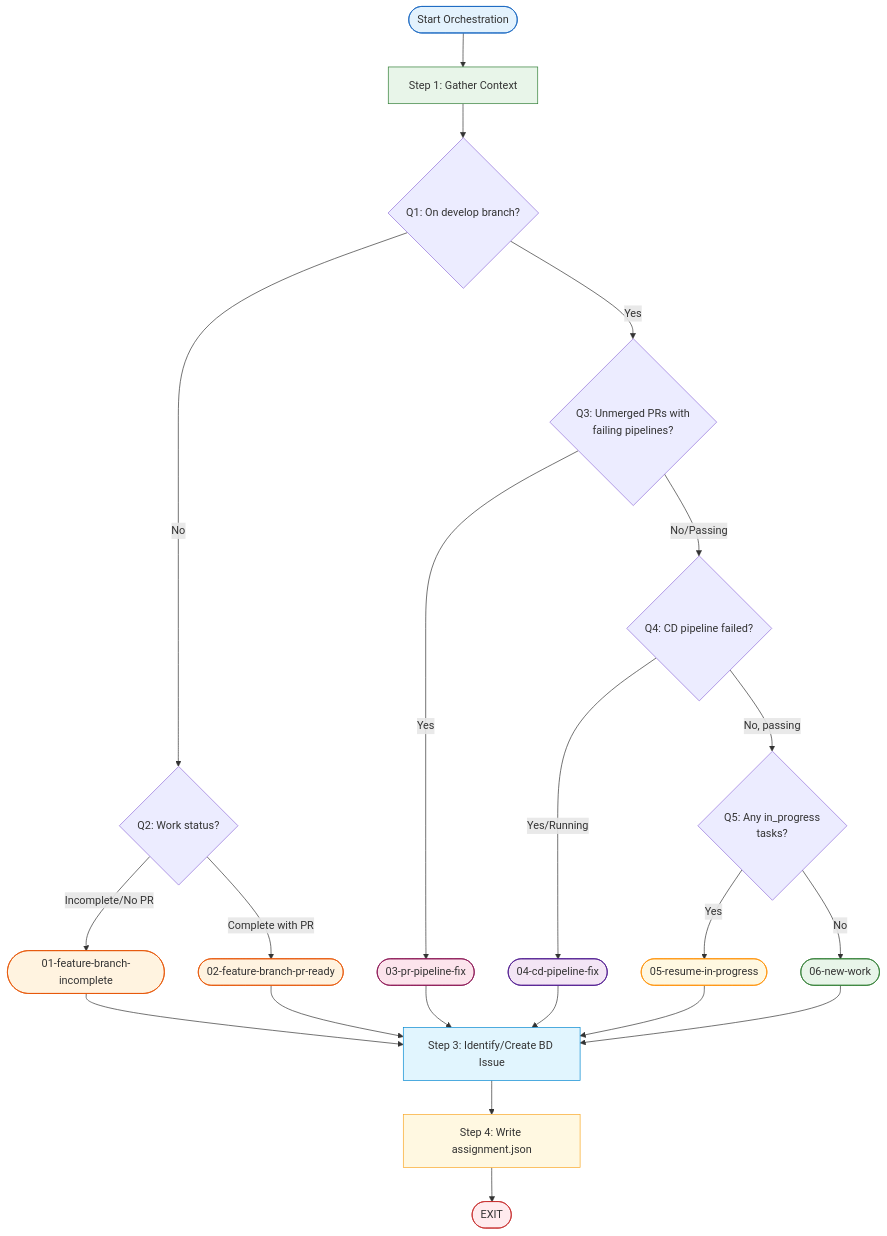
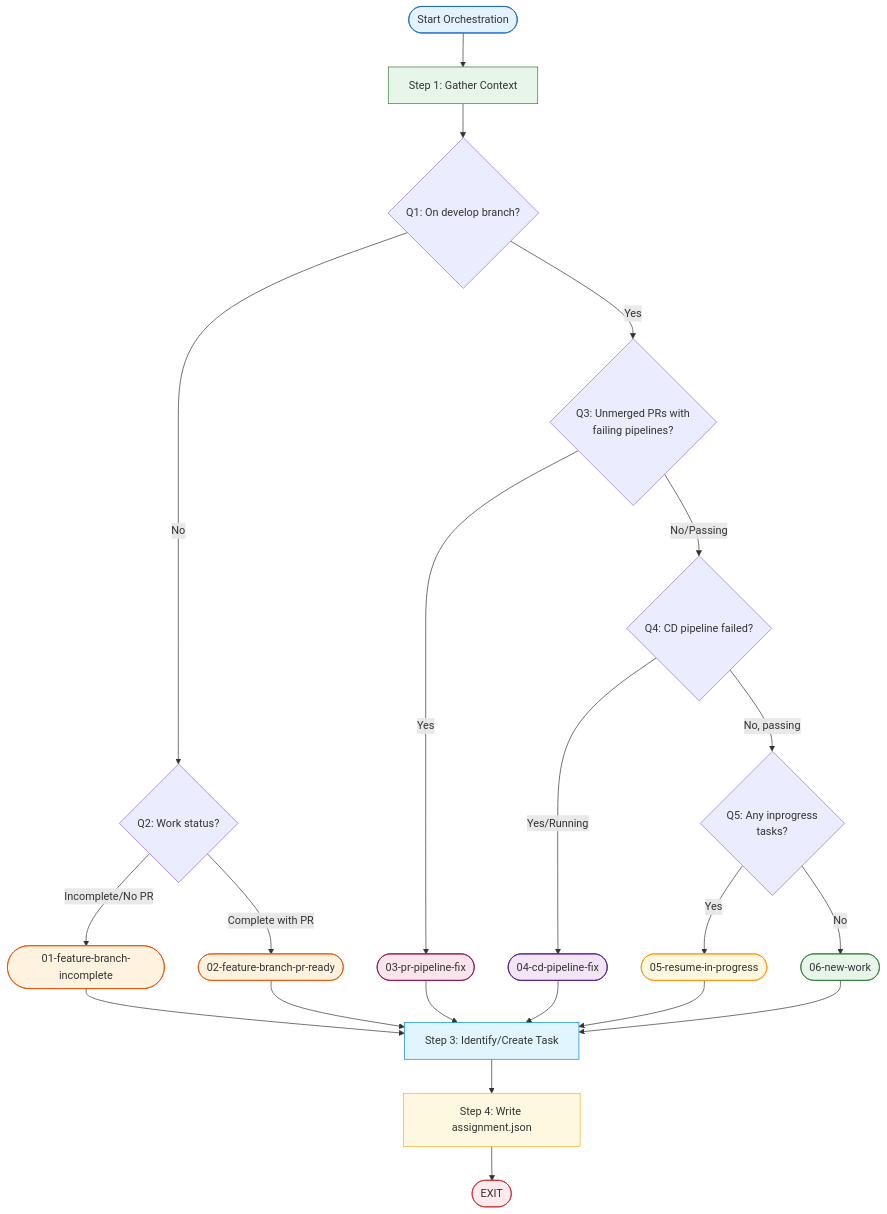
Before and after one commit to htxryan/ralph-tui: the diagram in .ralph/orchestrate.md, drawn with Mermaid. The commit also changed other lines of this file and 31 other files, not shown here.

````diff
--- a/.ralph/orchestrate.md
+++ b/.ralph/orchestrate.md
@@ -186,43 +259,43 @@
 ```mermaid
 flowchart TD
     START([Start Orchestration]) --> GATHER[Step 1: Gather Context]
 
     GATHER --> Q1{Q1: On develop branch?}
 
     Q1 -->|No| Q2{Q2: Work status?}
     Q2 -->|Incomplete/No PR| W1([01-feature-branch-incomplete])
     Q2 -->|Complete with PR| W2([02-feature-branch-pr-ready])
 
     Q1 -->|Yes| Q3{Q3: Unmerged PRs with<br/>failing pipelines?}
     Q3 -->|Yes| W3([03-pr-pipeline-fix])
     Q3 -->|No/Passing| Q4{Q4: CD pipeline failed?}
 
     Q4 -->|Yes/Running| W4([04-cd-pipeline-fix])
-    Q4 -->|No, passing| Q5{Q5: Any in_progress<br/>tasks?}
+    Q4 -->|No, passing| Q5{Q5: Any inprogress<br/>tasks?}
 
     Q5 -->|Yes| W5([05-resume-in-progress])
     Q5 -->|No| W6([06-new-work])
 
-    W1 --> BDISSUE[Step 3: Identify/Create BD Issue]
-    W2 --> BDISSUE
-    W3 --> BDISSUE
-    W4 --> BDISSUE
-    W5 --> BDISSUE
-    W6 --> BDISSUE
+    W1 --> TASK[Step 3: Identify/Create Task]
+    W2 --> TASK
+    W3 --> TASK
+    W4 --> TASK
+    W5 --> TASK
+    W6 --> TASK
 
-    BDISSUE --> WRITE[Step 4: Write assignment.json]
+    TASK --> WRITE[Step 4: Write assignment.json]
     WRITE --> DONE([EXIT])
 
     style START fill:#e3f2fd,stroke:#1565c0
     style GATHER fill:#e8f5e9,stroke:#2e7d32
-    style BDISSUE fill:#e1f5fe,stroke:#0288d1
+    style TASK fill:#e1f5fe,stroke:#0288d1
     style WRITE fill:#fff8e1,stroke:#f9a825
     style DONE fill:#ffebee,stroke:#c62828
 
     style W1 fill:#fff3e0,stroke:#e65100
     style W2 fill:#fff3e0,stroke:#e65100
     style W3 fill:#fce4ec,stroke:#880e4f
     style W4 fill:#f3e5f5,stroke:#4a148c
     style W5 fill:#fff8e1,stroke:#ff8f00
     style W6 fill:#e8f5e9,stroke:#2e7d32
 ```
````
